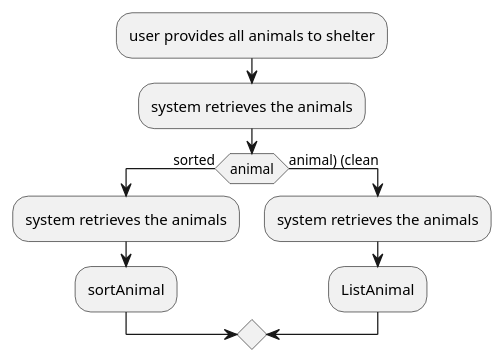
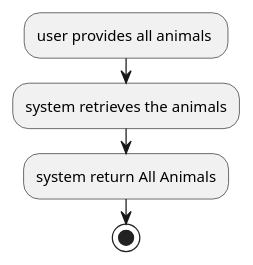
Before and after one commit to JananJavdan/AnimalShelterTestingJanan: the diagram in src/main/java/AnalyseAnimalShelter/flowchart_returnallanimals.puml, drawn with PlantUML. The commit also changed 23 other files, not shown here.

```diff
--- a/src/main/java/AnalyseAnimalShelter/flowchart_returnallanimals.puml
+++ b/src/main/java/AnalyseAnimalShelter/flowchart_returnallanimals.puml
@@ -1,11 +1,8 @@
 @startuml
-:user provides all animals to shelter;
+:user provides all animals ;
 :system retrieves the animals;
-if (animal) then (sorted)
-:system retrieves the animals;
-:sortAnimal;
-else (animal) (clean)
-:system retrieves the animals;
-:ListAnimal;
+:system return All Animals;
+stop;
+
 
 @enduml
```
